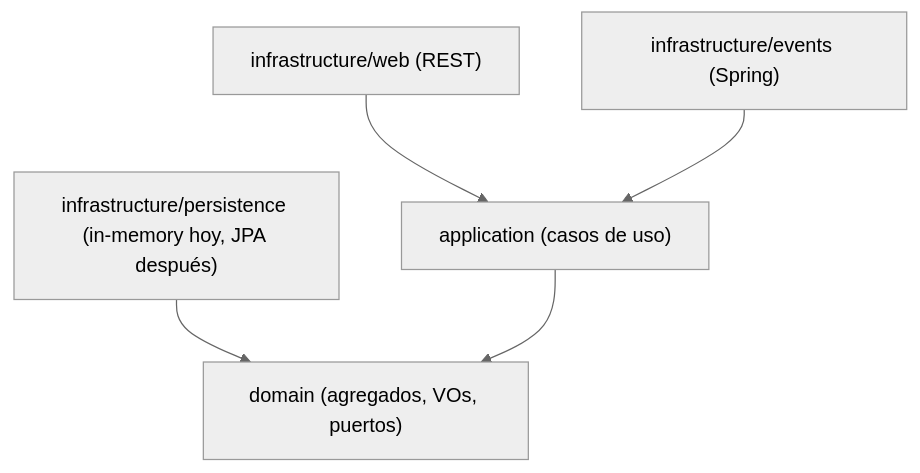
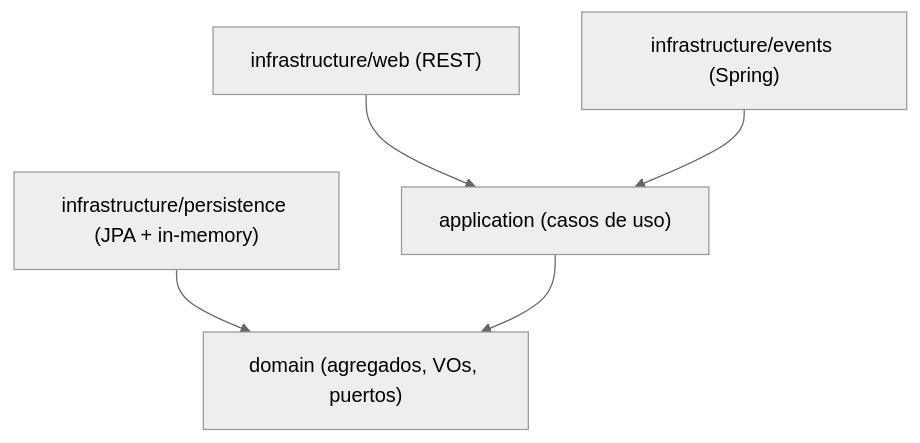
One commit to jss930/TI_sis_prestamos changed the second of 3 diagrams in docs/arquitectura.md. Above: the diagram before and after it, drawn with Mermaid (neutral theme). The commit also changed other lines of this file and 105 other files, not shown here.

````diff
--- a/docs/arquitectura.md
+++ b/docs/arquitectura.md
@@ -70,13 +70,13 @@
 ```mermaid
 flowchart TB
     WEB["infrastructure/web (REST)"]
-    PERS["infrastructure/persistence (in-memory hoy, JPA después)"]
+    PERS["infrastructure/persistence (JPA + in-memory)"]
     EVT["infrastructure/events (Spring)"]
     APP["application (casos de uso)"]
     DOM["domain (agregados, VOs, puertos)"]
 
     WEB --> APP
     PERS --> DOM
     EVT --> APP
     APP --> DOM
 ```
````
